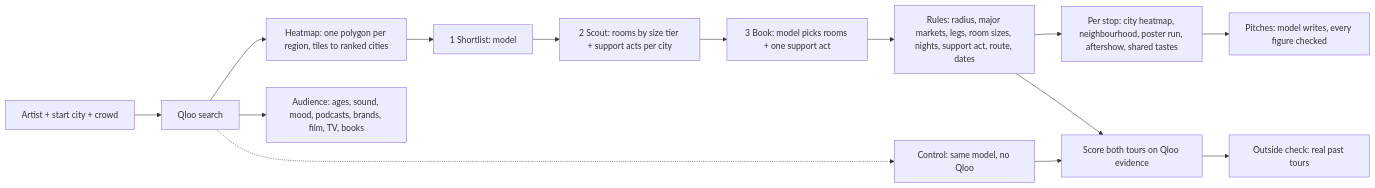
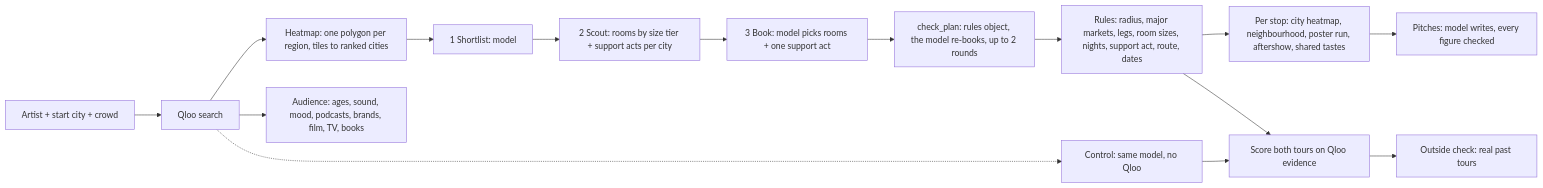
The diagram in README.md (RohanGlitched/routed), drawn with Mermaid before and after one commit. The commit also changed other lines of this file and 11 other files, not shown here.

Commit message:
Evidence copy: tours the model can't have read lead /proof (Qloo + population +13.2 pts over population, 11-0-2), the head-to-head losses kept at body size, which city, which neighbourhood, which room on the home page and README

````diff
--- a/README.md
+++ b/README.md
@@ -234,16 +253,17 @@
 ```mermaid
 flowchart LR
   A[Artist + start city + crowd] --> S[Qloo search]
   S --> H[Heatmap: one polygon per region, tiles to ranked cities]
   S --> D[Audience: ages, sound, mood, podcasts, brands, film, TV, books]
   S -.-> G[Control: same model, no Qloo]
   H --> L[1 Shortlist: model]
   L --> C[2 Scout: rooms by size tier + support acts per city]
   C --> B[3 Book: model picks rooms + one support act]
-  B --> R[Rules: radius, major markets, legs, room sizes, nights, support act, route, dates]
+  B --> K[check_plan: rules object, the model re-books, up to 2 rounds]
+  K --> R[Rules: radius, major markets, legs, room sizes, nights, support act, route, dates]
   R --> N[Per stop: city heatmap, neighbourhood, poster run, aftershow, shared tastes]
   N --> W[Pitches: model writes, every figure checked]
   G --> X[Score both tours on Qloo evidence]
   R --> X
   X --> O[Outside check: real past tours]
 ```
````
